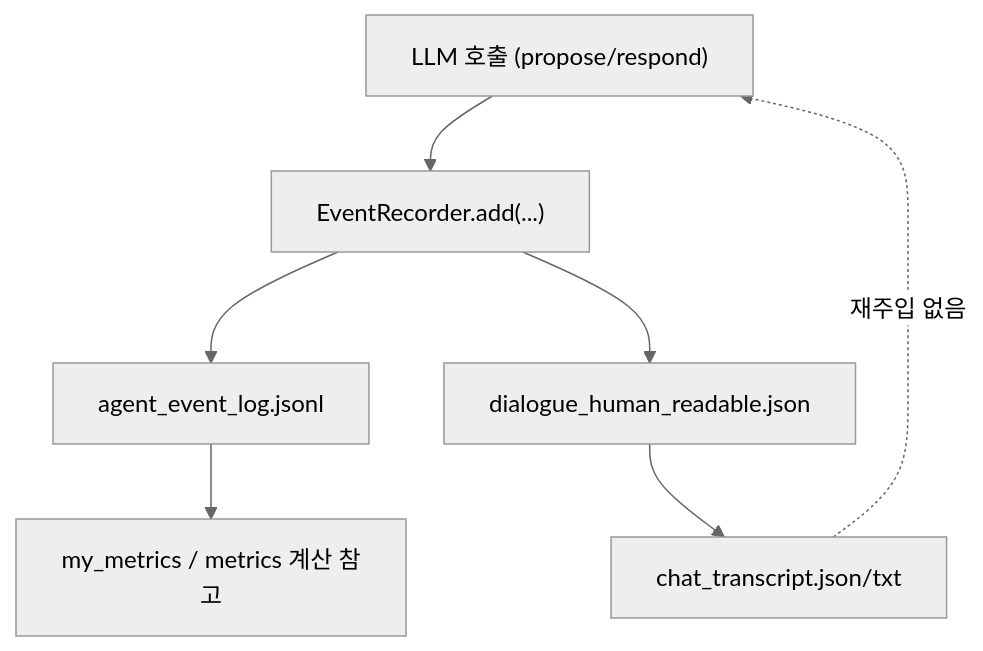
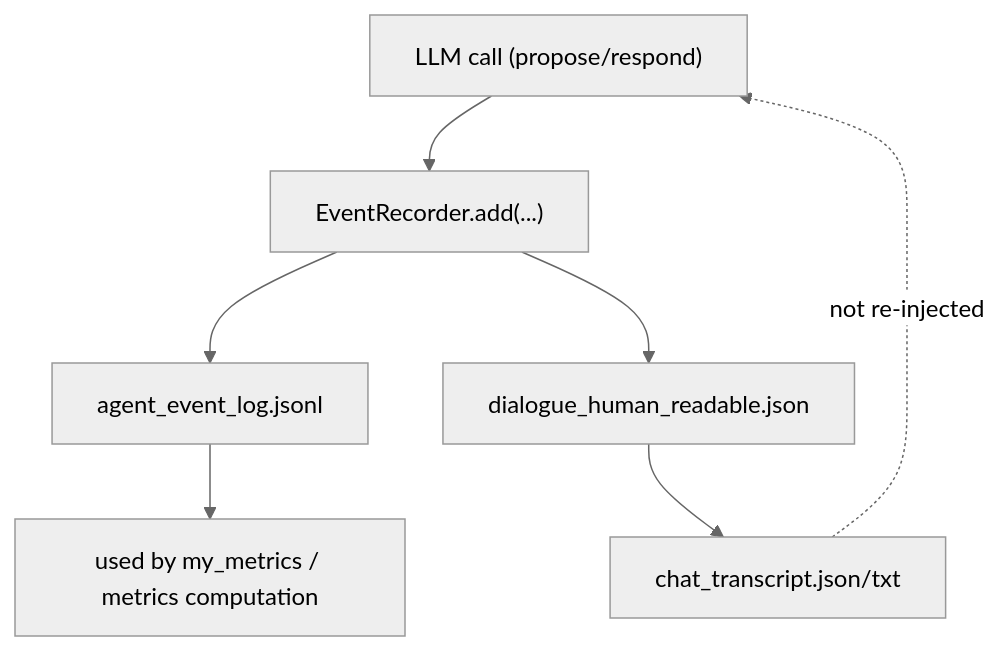
Before and after one commit to minsub0922/Agent-Negotiation-Bench: the third of 3 diagrams in docs/NEGOTIATION_MESSAGE_FLOW.md, drawn with Mermaid (neutral theme). The commit also changed other lines of this file and 9 other files, not shown here.

````diff
--- a/docs/NEGOTIATION_MESSAGE_FLOW.md
+++ b/docs/NEGOTIATION_MESSAGE_FLOW.md
@@ -143,9 +142,9 @@
 ```mermaid
 flowchart TD
-    A["LLM 호출 (propose/respond)"] --> B["EventRecorder.add(...)"]
+    A["LLM call (propose/respond)"] --> B["EventRecorder.add(...)"]
     B --> C["agent_event_log.jsonl"]
     B --> D["dialogue_human_readable.json"]
     D --> E["chat_transcript.json/txt"]
-    C --> F["my_metrics / metrics 계산 참고"]
-    E -.->|"재주입 없음"| A
+    C --> F["used by my_metrics / metrics computation"]
+    E -.->|"not re-injected"| A
 ```
````
